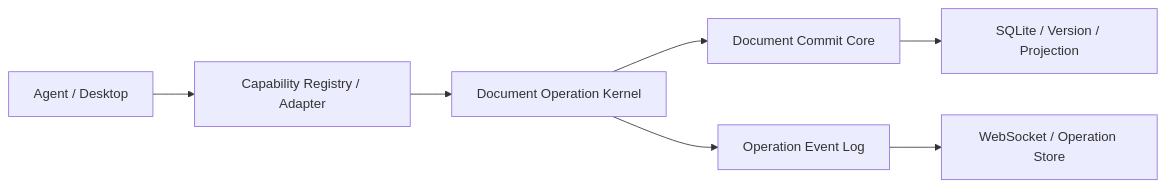
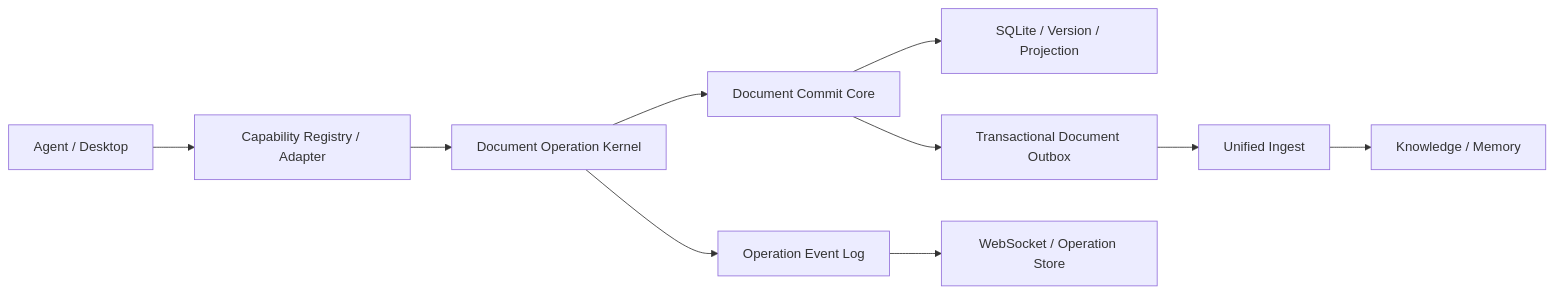
One commit to NxcoreAI/EverRoom changed the diagram in docs/agent-document-development-sop.md. Above: the diagram before and after it, drawn with Mermaid. The commit also changed other lines of this file and 124 other files, not shown here.

````diff
--- a/docs/agent-document-development-sop.md
+++ b/docs/agent-document-development-sop.md
@@ -11,9 +11,12 @@
 ```mermaid
 flowchart LR
   A[Agent / Desktop] --> B[Capability Registry / Adapter]
   B --> C[Document Operation Kernel]
   C --> D[Document Commit Core]
   D --> E[SQLite / Version / Projection]
+  D --> H[Transactional Document Outbox]
+  H --> I[Unified Ingest]
+  I --> J[Knowledge / Memory]
   C --> F[Operation Event Log]
   F --> G[WebSocket / Operation Store]
 ```
````
